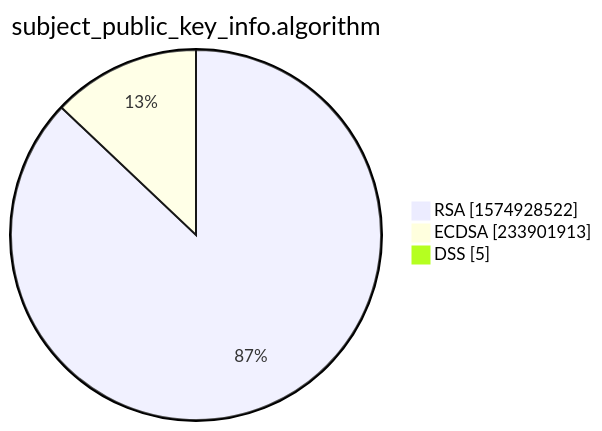
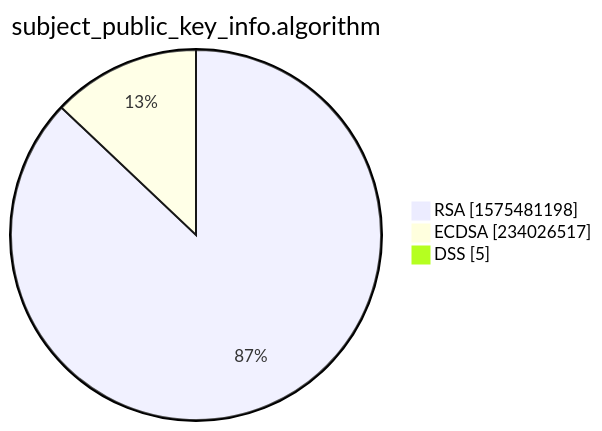
The third of 15 diagrams in xenon2022/README.md (christiankrug/ctmonitor_visualization), drawn with Mermaid before and after one commit. The commit also changed other lines of this file, not shown here.

````diff
--- a/xenon2022/README.md
+++ b/xenon2022/README.md
@@ -14,7 +14,7 @@
 ```mermaid
 pie showData
 title subject_public_key_info.algorithm
-"RSA" :1574928522
-"ECDSA" :233901913
+"RSA" :1575481198
+"ECDSA" :234026517
 "DSS" :5
 ```
````
